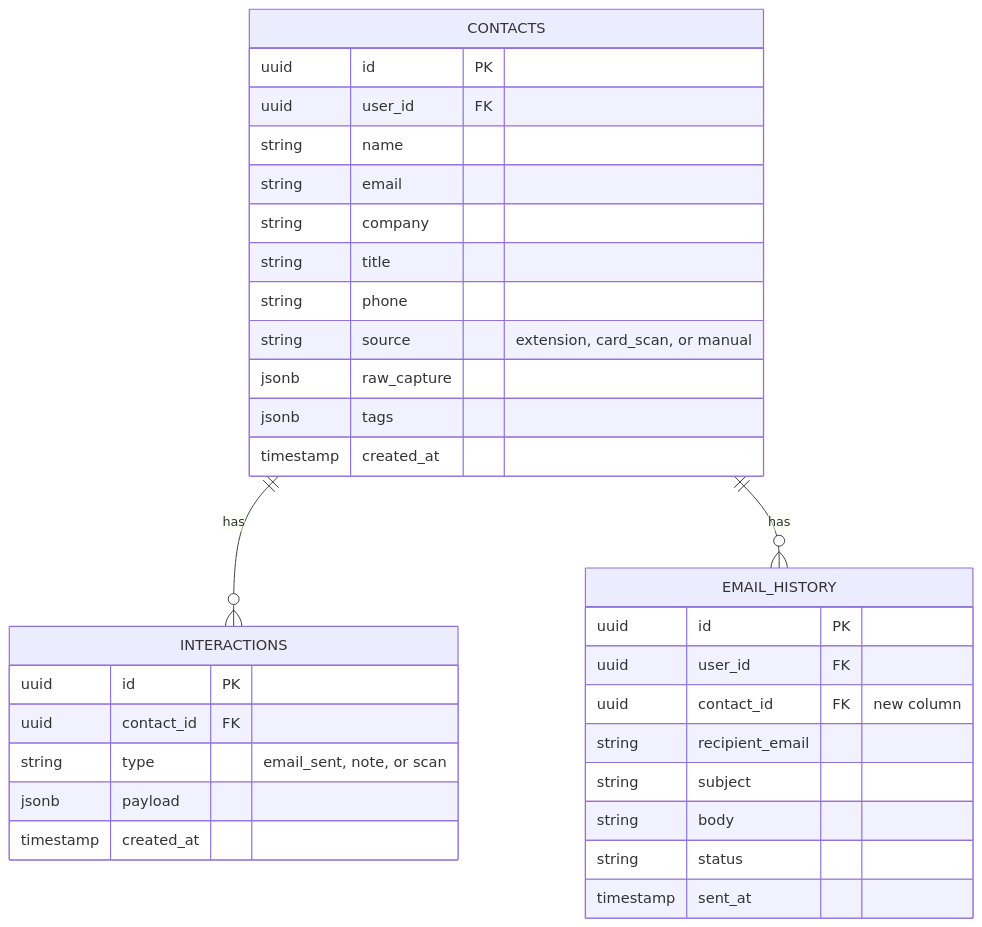
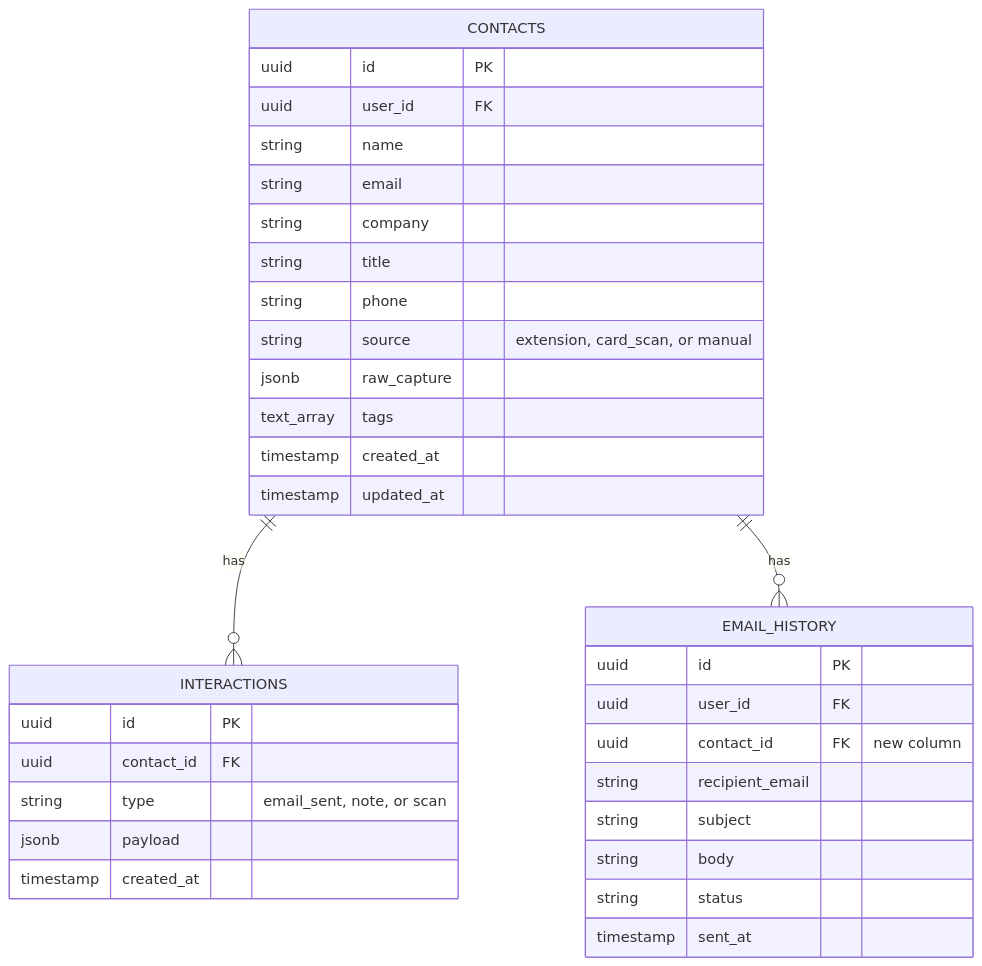
One commit to Rishabh-Pagaria/rakuun changed the third of 3 diagrams in docs/ARCHITECTURE.md. Above: the diagram before and after it, drawn with Mermaid. The commit also changed other lines of this file and 4 other files, not shown here.

Commit message:
Feat(DB): Add contacts and interactions schema as ordered migrations

````diff
--- a/docs/ARCHITECTURE.md
+++ b/docs/ARCHITECTURE.md
@@ -113,36 +121,37 @@
 ```mermaid
 erDiagram
     CONTACTS ||--o{ INTERACTIONS : has
     CONTACTS ||--o{ EMAIL_HISTORY : has
 
     CONTACTS {
         uuid id PK
         uuid user_id FK
         string name
         string email
         string company
         string title
         string phone
         string source "extension, card_scan, or manual"
         jsonb raw_capture
-        jsonb tags
+        text_array tags
         timestamp created_at
+        timestamp updated_at
     }
     INTERACTIONS {
         uuid id PK
         uuid contact_id FK
         string type "email_sent, note, or scan"
         jsonb payload
         timestamp created_at
     }
     EMAIL_HISTORY {
         uuid id PK
         uuid user_id FK
         uuid contact_id FK "new column"
         string recipient_email
         string subject
         string body
         string status
         timestamp sent_at
     }
 ```
````
